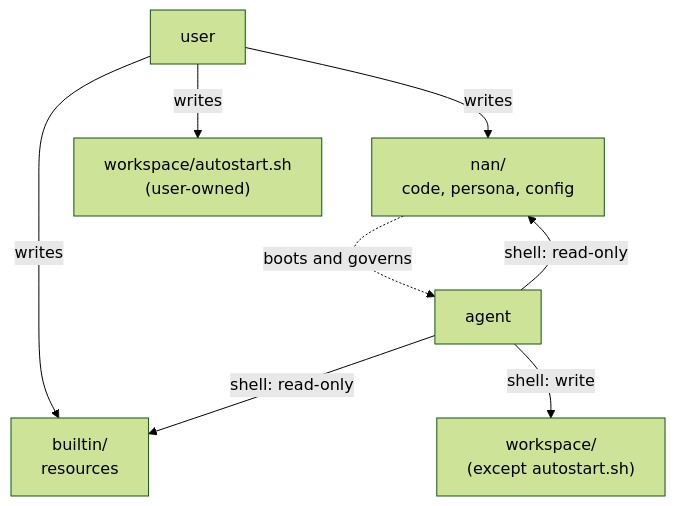
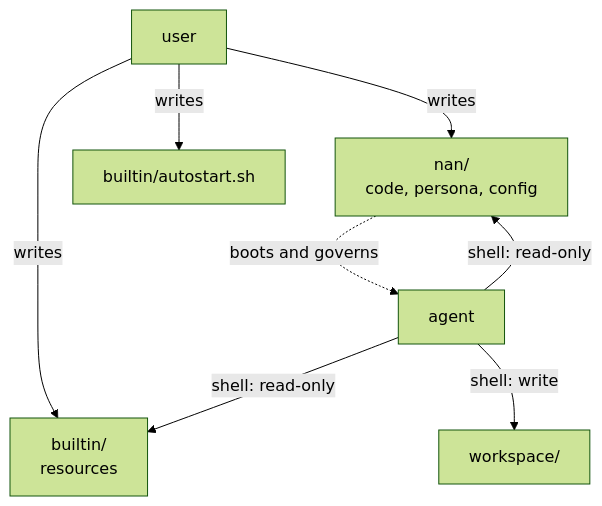
Before and after one commit to DarkSpaceY/NAN-itself: the second of 2 diagrams in docs/for-contributors/principles.md, drawn with Mermaid (forest theme). The commit also changed other lines of this file and 44 other files, not shown here.

````diff
--- a/docs/for-contributors/principles.md
+++ b/docs/for-contributors/principles.md
@@ -48,10 +56,10 @@
 ```mermaid
 flowchart TB
     U["user"] -->|"writes"| CORE["nan/<br/>code, persona, config"]
     U -->|"writes"| BI["builtin/<br/>resources"]
-    U -->|"writes"| AU["workspace/autostart.sh<br/>(user-owned)"]
+    U -->|"writes"| AU["builtin/autostart.sh"]
     A["agent"] -->|"shell: read-only"| CORE
     A -->|"shell: read-only"| BI
-    A -->|"shell: write"| WS["workspace/<br/>(except autostart.sh)"]
+    A -->|"shell: write"| WS["workspace/"]
     CORE -.->|"boots and governs"| A
 ```
````
